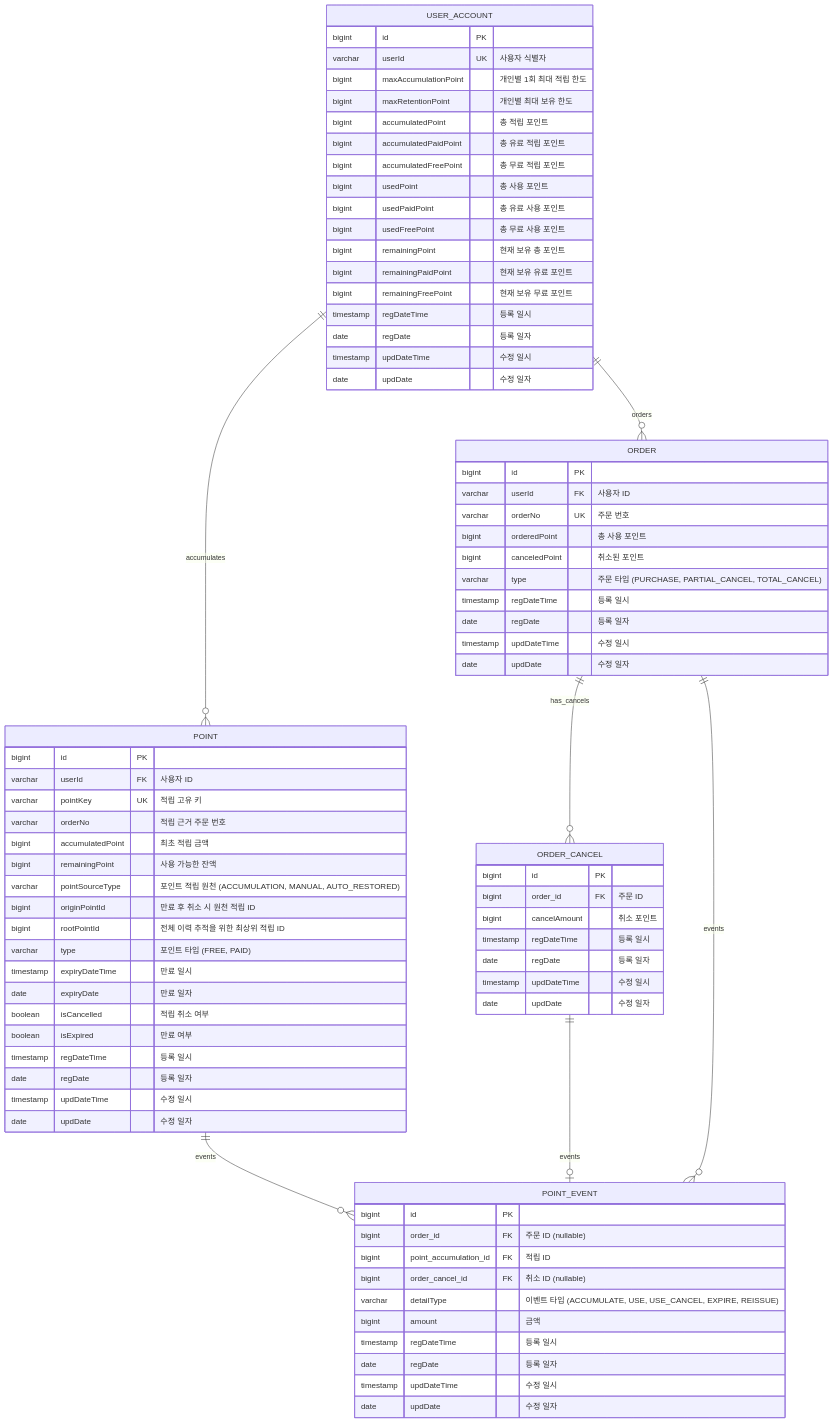
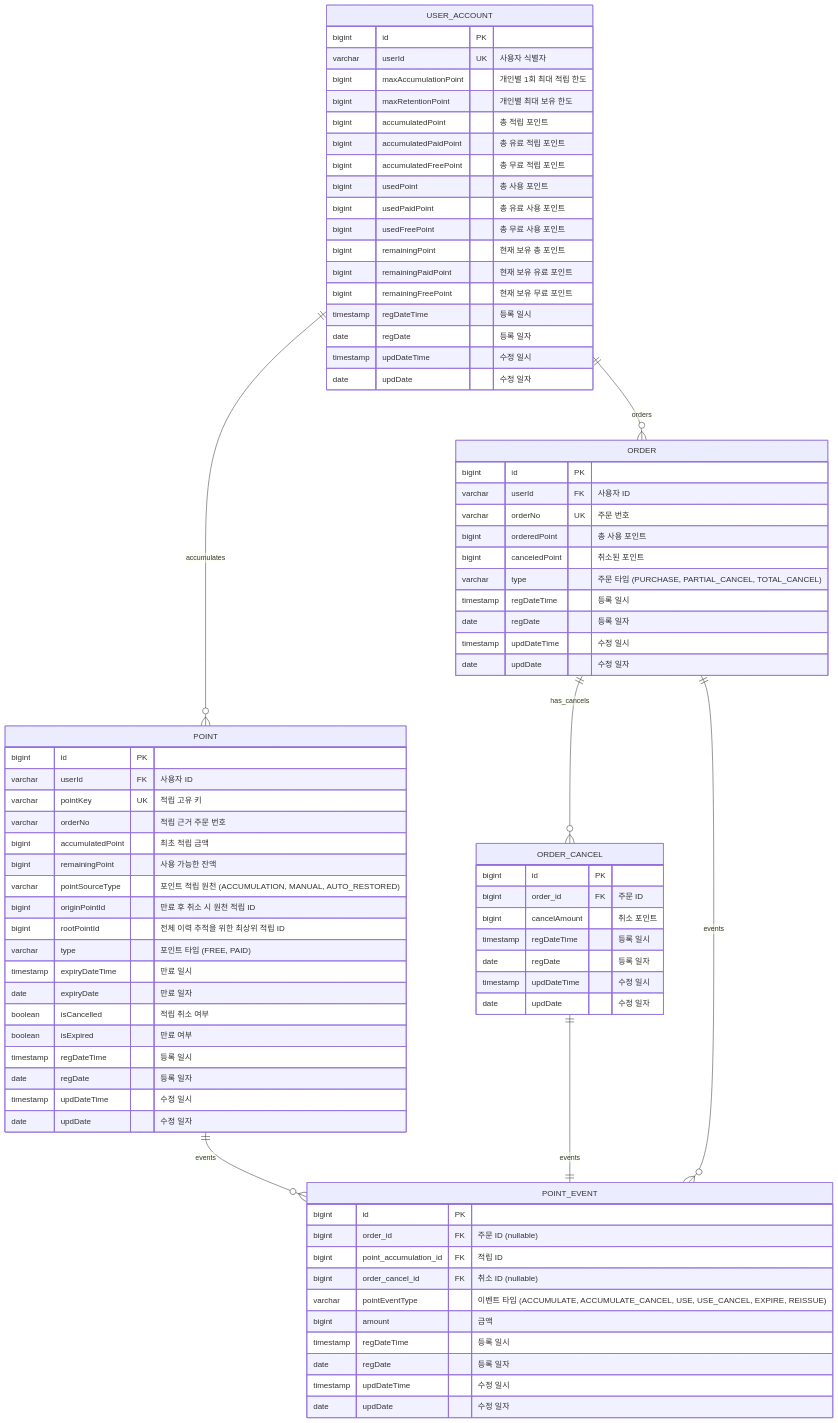
Before and after one commit to muzzaiwork/point: the diagram in docs/데이터베이스 설계.md, drawn with Mermaid. The commit also changed other lines of this file, not shown here.

Commit message:
데이터베이스 설계 문서 업데이트 (pointEventType, ACCUMULATE_CANCEL, 검증 로직 등 반영)

```diff
--- a/docs/데이터베이스 설계.md
+++ b/docs/데이터베이스 설계.md
@@ -9,7 +9,7 @@
     ORDER ||--o{ ORDER_CANCEL : "has_cancels"
     ORDER ||--o{ POINT_EVENT : "events"
     POINT ||--o{ POINT_EVENT : "events"
-    ORDER_CANCEL ||--o| POINT_EVENT : "events"
+    ORDER_CANCEL ||--|| POINT_EVENT : "events"
 
     USER_ACCOUNT {
         bigint id PK
@@ -80,7 +80,7 @@
         bigint order_id FK "주문 ID (nullable)"
         bigint point_accumulation_id FK "적립 ID"
         bigint order_cancel_id FK "취소 ID (nullable)"
-        varchar detailType "이벤트 타입 (ACCUMULATE, USE, USE_CANCEL, EXPIRE, REISSUE)"
+        varchar pointEventType "이벤트 타입 (ACCUMULATE, ACCUMULATE_CANCEL, USE, USE_CANCEL, EXPIRE, REISSUE)"
         bigint amount "금액"
         timestamp regDateTime "등록 일시"
         date regDate "등록 일자"
```
